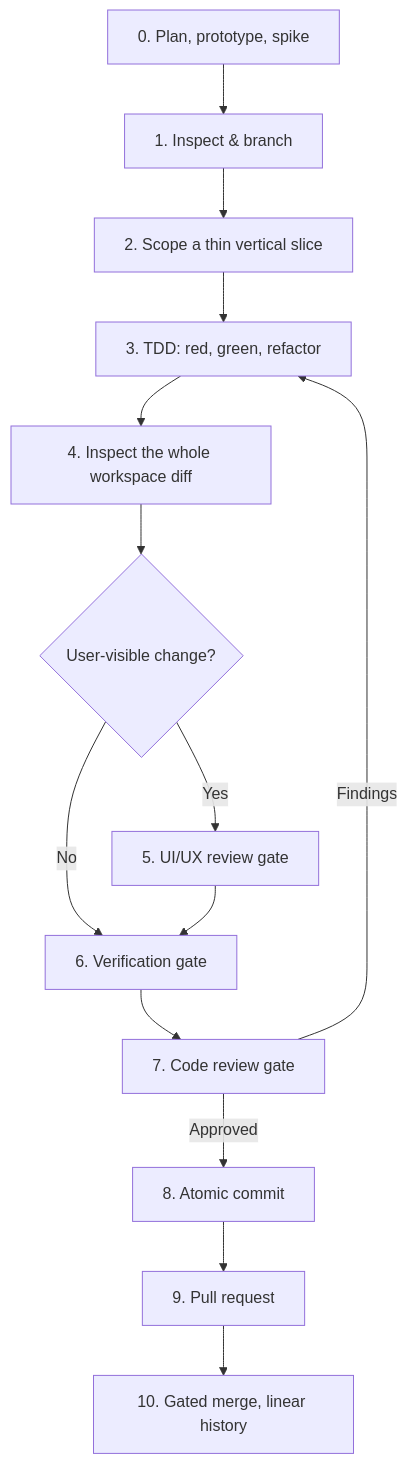
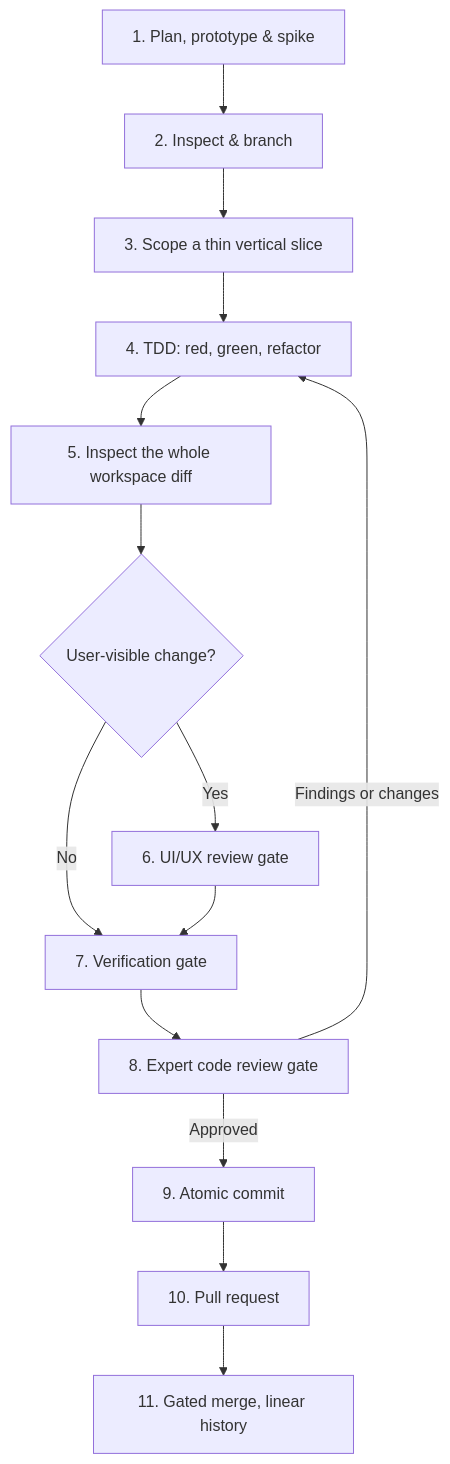
The diagram in AGENTS.md (scottdensmore/Cakebrew), drawn with Mermaid before and after one commit. The commit also changed other lines of this file and 19 other files, not shown here.

````diff
--- a/AGENTS.md
+++ b/AGENTS.md
@@ -19,16 +19,16 @@
 ```mermaid
 flowchart TD
-    A[0. Plan, prototype, spike] --> B[1. Inspect & branch]
-    B --> C[2. Scope a thin vertical slice]
-    C --> D[3. TDD: red, green, refactor]
-    D --> E[4. Inspect the whole workspace diff]
+    A[1. Plan, prototype & spike] --> B[2. Inspect & branch]
+    B --> C[3. Scope a thin vertical slice]
+    C --> D[4. TDD: red, green, refactor]
+    D --> E[5. Inspect the whole workspace diff]
     E --> F{User-visible change?}
-    F -- Yes --> G[5. UI/UX review gate]
-    F -- No --> H[6. Verification gate]
+    F -- Yes --> G[6. UI/UX review gate]
+    F -- No --> H[7. Verification gate]
     G --> H
-    H --> I[7. Code review gate]
-    I -- Findings --> D
-    I -- Approved --> J[8. Atomic commit]
-    J --> K[9. Pull request]
-    K --> L[10. Gated merge, linear history]
+    H --> I[8. Expert code review gate]
+    I -- Findings or changes --> D
+    I -- Approved --> J[9. Atomic commit]
+    J --> K[10. Pull request]
+    K --> L[11. Gated merge, linear history]
 ```
````
